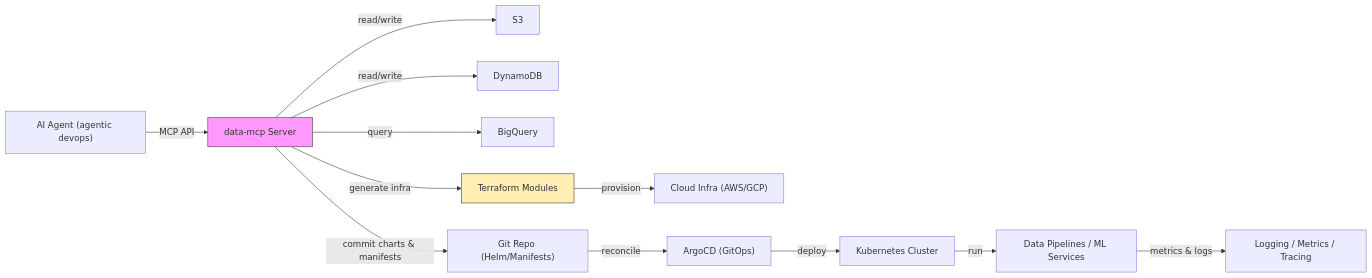
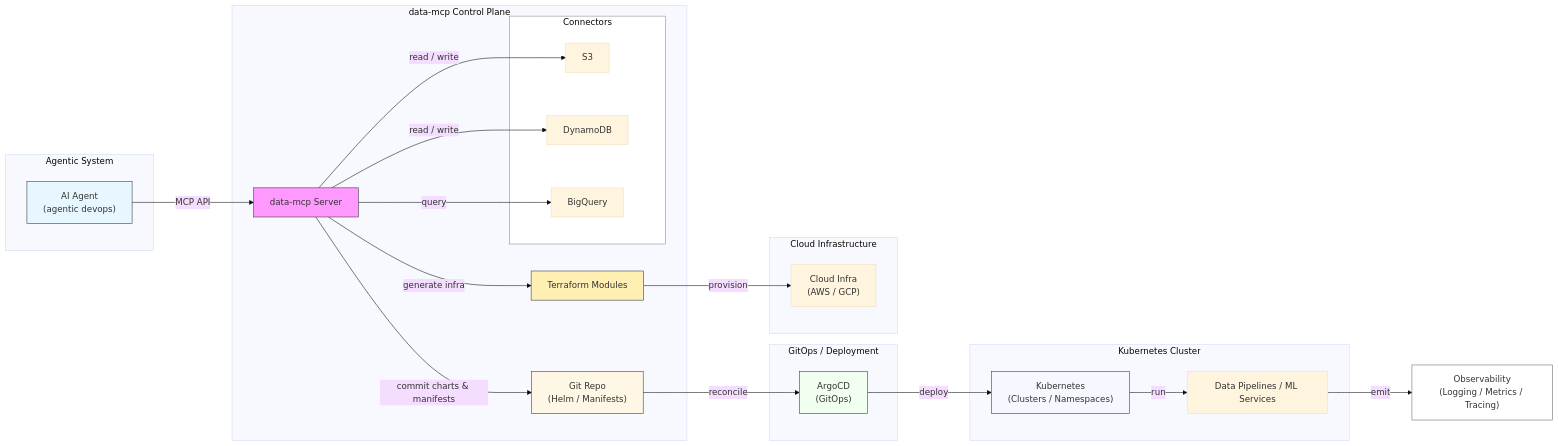
Before and after one commit to stancsz/data-mcp-server: the first of 3 diagrams in docs/README.md, drawn with Mermaid. The commit also changed other lines of this file, not shown here.

Commit message:
docs: refine mermaid architecture diagram for improved layout and readability

````diff
--- a/docs/README.md
+++ b/docs/README.md
@@ -11,16 +12,60 @@
 ```mermaid
+%%{init: {'theme':'base', 'themeVariables': {'fontSize':'16px'}, 'flowchart': {'nodeSpacing': 80, 'rankSpacing': 80}}}%%
 flowchart LR
-  Agent["AI Agent (agentic devops)"] -->|MCP API| MCP["data-mcp Server"]
-  MCP -->|read/write| S3["S3"]
-  MCP -->|read/write| Dynamo["DynamoDB"]
-  MCP -->|query| BQ["BigQuery"]
-  MCP -->|generate infra| TF["Terraform Modules"]
-  TF -->|provision| Cloud["Cloud Infra (AWS/GCP)"]
-  MCP -->|commit charts & manifests| GitRepo["Git Repo (Helm/Manifests)"]
-  GitRepo -->|reconcile| ArgoCD["ArgoCD (GitOps)"]
-  ArgoCD -->|deploy| K8s["Kubernetes Cluster"]
-  K8s -->|run| App["Data Pipelines / ML Services"]
-  App -->|metrics & logs| Observability["Logging / Metrics / Tracing"]
+  %% Agentic system
+  subgraph AgentSystem["Agentic System"]
+    AGENT["AI Agent\n(agentic devops)"]
+  end
+
+  %% Control plane
+  subgraph MCPCluster["data-mcp Control Plane"]
+    MCP["data-mcp Server"]
+    subgraph Connectors["Connectors"]
+      S3["S3"]
+      DDB["DynamoDB"]
+      BQ["BigQuery"]
+    end
+    TF["Terraform Modules"]
+    GitRepo["Git Repo\n(Helm / Manifests)"]
+  end
+
+  %% GitOps & infra
+  subgraph GitOps["GitOps / Deployment"]
+    ArgoCD["ArgoCD\n(GitOps)"]
+  end
+
+  subgraph CloudInfra["Cloud Infrastructure"]
+    CLOUD["Cloud Infra\n(AWS / GCP)"]
+  end
+
+  %% Kubernetes / runtime
+  subgraph Kubernetes["Kubernetes Cluster"]
+    K8S["Kubernetes\n(Clusters / Namespaces)"]
+    APP["Data Pipelines / ML Services"]
+  end
+
+  OBS["Observability\n(Logging / Metrics / Tracing)"]
+
+  %% Flows
+  AGENT -->|MCP API| MCP
+  MCP -->|read / write| S3
+  MCP -->|read / write| DDB
+  MCP -->|query| BQ
+  MCP -->|generate infra| TF
+  TF -->|provision| CLOUD
+  MCP -->|commit charts & manifests| GitRepo
+  GitRepo -->|reconcile| ArgoCD
+  ArgoCD -->|deploy| K8S
+  K8S -->|run| APP
+  APP -->|emit| OBS
+
+  %% Styling for clarity
   style MCP fill:#f9f,stroke:#333,stroke-width:1px
   style TF fill:#ffefb3,stroke:#333,stroke-width:1px
+  style AGENT fill:#e6f7ff,stroke:#333,stroke-width:1px
+  style Connectors fill:#ffffff,stroke:#888,stroke-width:1px
+  style GitRepo fill:#fff7e6,stroke:#333,stroke-width:1px
+  style ArgoCD fill:#f0fff0,stroke:#333,stroke-width:1px
+  style K8S fill:#f7f7ff,stroke:#333,stroke-width:1px
+  style OBS fill:#fff,stroke:#666,stroke-width:1px
 ```
````
